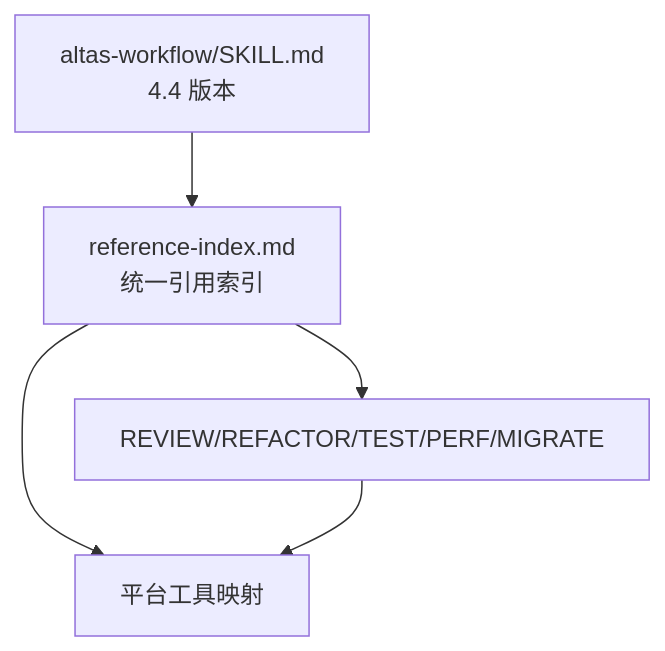
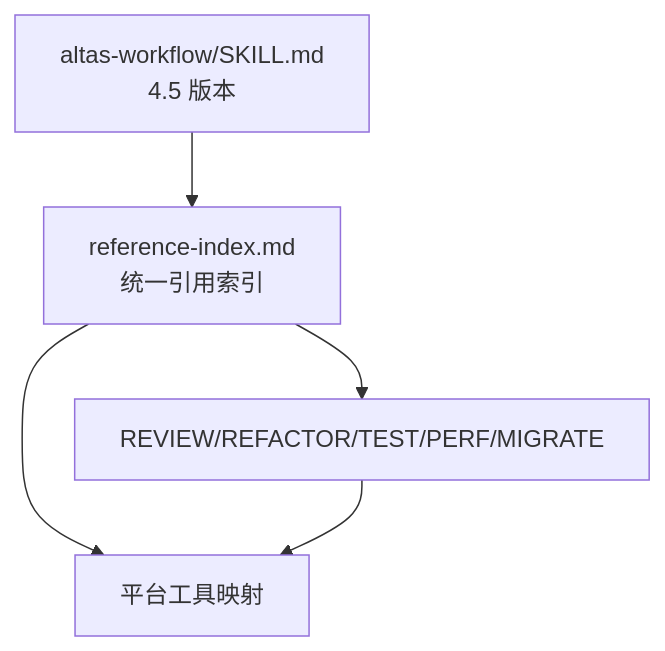
Before and after one commit to AngelWings1997/altas: the ninth of 9 diagrams in .qoder/repowiki/zh/content/核心协议/核心协议.md, drawn with Mermaid. The commit also changed other lines of this file and 3 other files, not shown here.

First line of the commit message:
docs(Altas Workflow): 新增入口来源整合功能与REVIEW模式协议文档

````diff
--- a/.qoder/repowiki/zh/content/核心协议/核心协议.md
+++ b/.qoder/repowiki/zh/content/核心协议/核心协议.md
@@ -329,11 +356,11 @@
 ```mermaid
 graph TB
-主协议["altas-workflow/SKILL.md<br/>4.4 版本"]
+主协议["altas-workflow/SKILL.md<br/>4.5 版本"]
 索引["reference-index.md<br/>统一引用索引"]
 特殊模式["REVIEW/REFACTOR/TEST/PERF/MIGRATE"]
 工具适配["平台工具映射"]
 主协议 --> 索引
 索引 --> 特殊模式
 索引 --> 工具适配
 特殊模式 --> 工具适配
 ```
````
